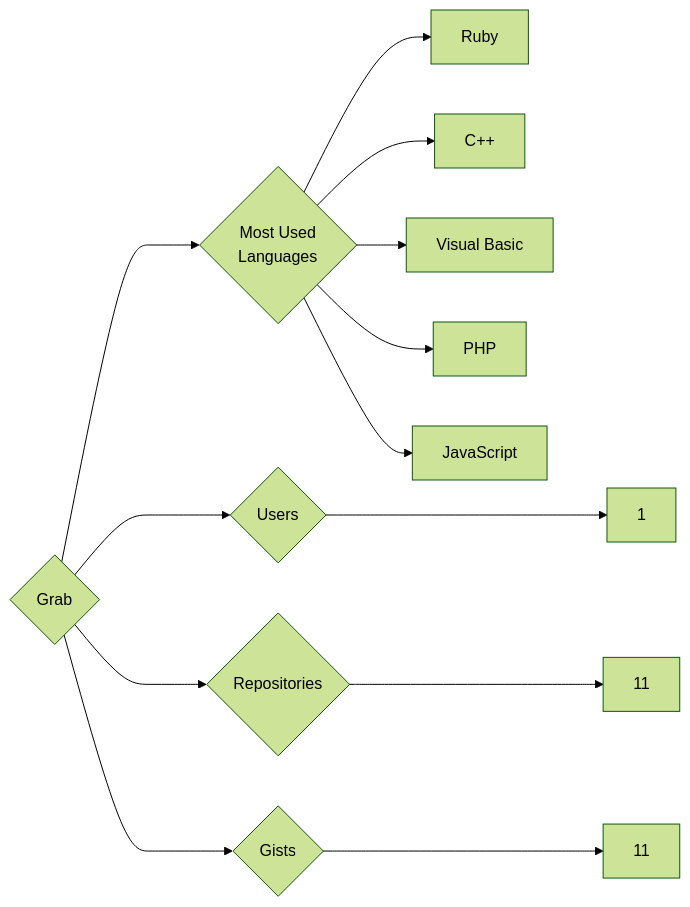
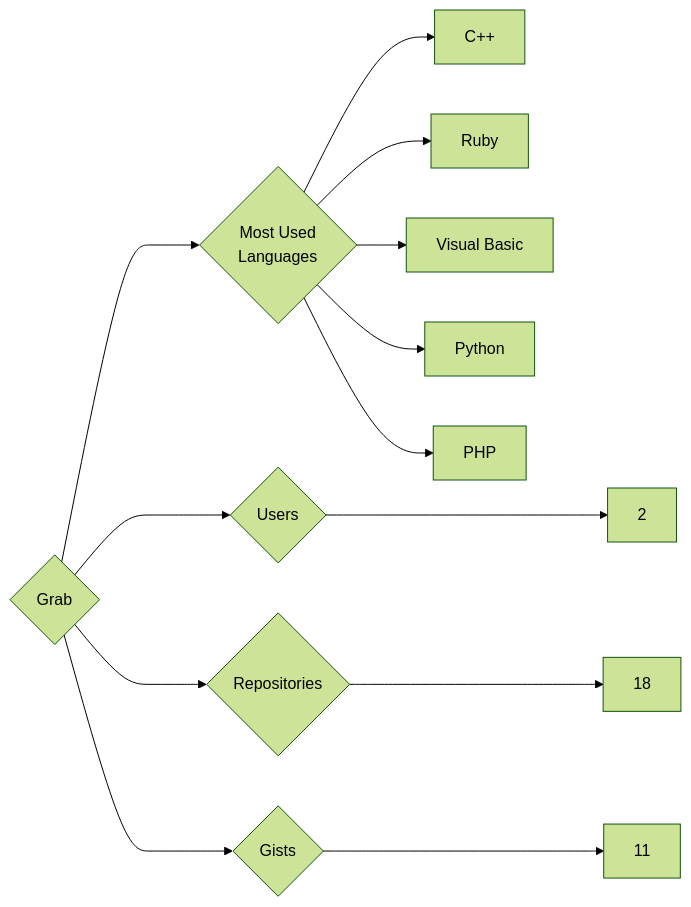
One commit to trickest/insiders changed the diagram in targets/Grab/README.md. Above: the diagram before and after it, drawn with Mermaid (forest theme). The commit also changed 773 other files, not shown here.

````diff
--- a/targets/Grab/README.md
+++ b/targets/Grab/README.md
@@ -3,13 +3,13 @@
 ```mermaid
 graph LR
 COMPANY_NAME{Grab}
-COMPANY_NAME ---> U{Users} ---> UN[1]
-COMPANY_NAME ---> R{Repositories} ---> RN[11]
+COMPANY_NAME ---> U{Users} ---> UN[2]
+COMPANY_NAME ---> R{Repositories} ---> RN[18]
 COMPANY_NAME ---> G{Gists} ---> GN[11]
 COMPANY_NAME ---> ML{Most Used<br>Languages}
+ML --> C++[C++]
 ML --> Ruby[Ruby]
-ML --> C++[C++]
 ML --> Visual_Basic[Visual Basic]
+ML --> Python[Python]
 ML --> PHP[PHP]
-ML --> JavaScript[JavaScript]
 ```
````
